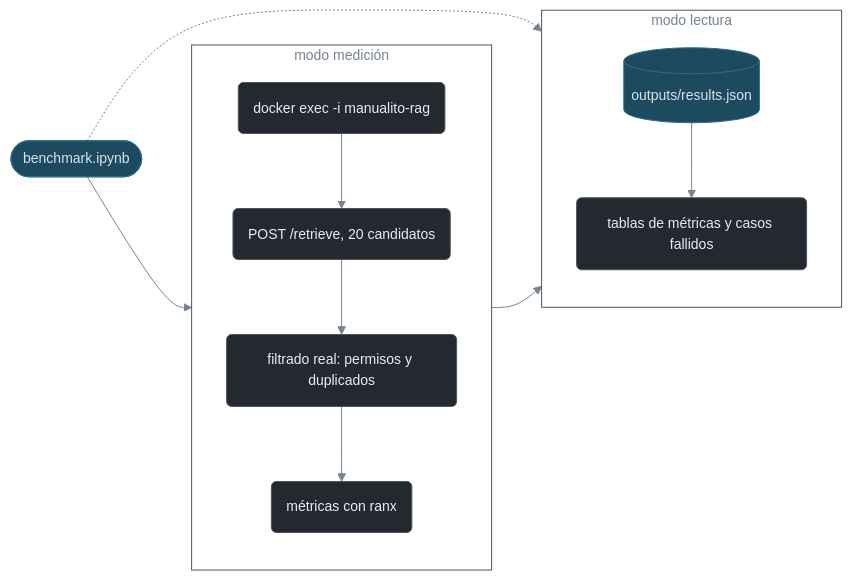
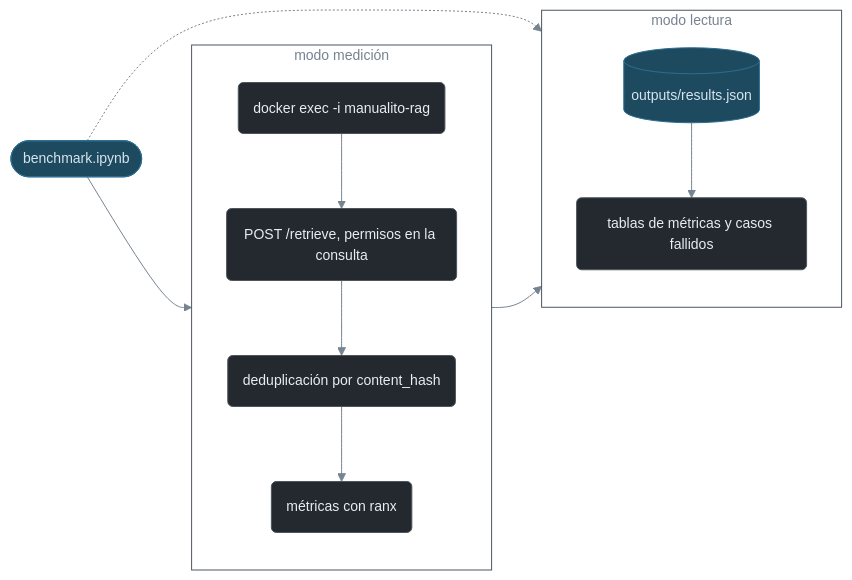
One commit to ibaimoya/manualito changed the diagram in docs/benchmarks/rag/recuperacion/README.md. Above: the diagram before and after it, drawn with Mermaid. The commit also changed other lines of this file and 4 other files, not shown here.

````diff
--- a/docs/benchmarks/rag/recuperacion/README.md
+++ b/docs/benchmarks/rag/recuperacion/README.md
@@ -7,35 +7,35 @@
 ```mermaid
 %%{init: {"theme": "base", "themeVariables": {
   "fontFamily": "ui-sans-serif, -apple-system, Segoe UI, Helvetica, Arial, sans-serif",
   "fontSize": "14px",
   "lineColor": "#768390",
   "textColor": "#768390",
   "titleColor": "#768390",
   "clusterBkg": "rgba(0,0,0,0)",
   "clusterBorder": "#4d565f"
 }}}%%
 flowchart LR
     NB(["benchmark.ipynb"])
     subgraph MED ["modo medición"]
         direction TB
         EX("docker exec -i manualito-rag")
-        RET("POST /retrieve, 20 candidatos")
-        FIL("filtrado real: permisos y duplicados")
+        RET("POST /retrieve, permisos en la consulta")
+        FIL("deduplicación por content_hash")
         RANX("métricas con ranx")
         EX --> RET --> FIL --> RANX
     end
     subgraph LEC ["modo lectura"]
         direction TB
         RES[("outputs/results.json")]
         TAB("tablas de métricas y casos fallidos")
         RES --> TAB
     end
     NB --> EX
     NB -.-> RES
     RANX --> RES
 
     classDef caja fill:#24292f,stroke:#4d565f,color:#e6edf3
     classDef marca fill:#1e4a60,stroke:#2c6e91,color:#d6e4ed
     class EX,RET,FIL,RANX,TAB caja
     class NB,RES marca
 ```
````
